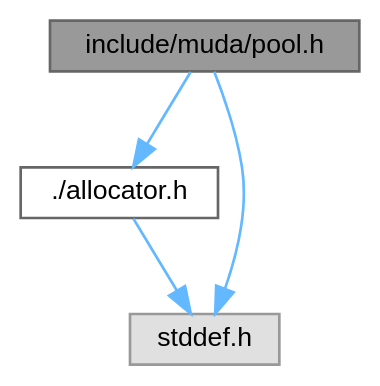
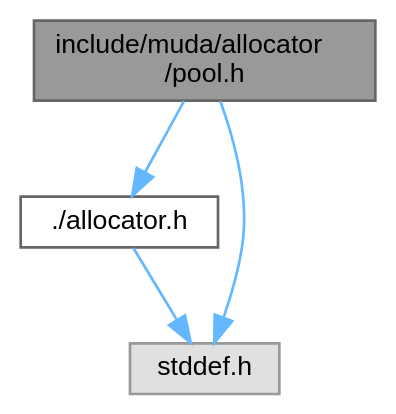
Before and after one commit to segfreak/muda: the diagram in docs/d1/dfd/pool_8h__incl.dot, drawn with Graphviz. The commit also changed 122 other files, not shown here.

```diff
--- a/docs/d1/dfd/pool_8h__incl.dot
+++ b/docs/d1/dfd/pool_8h__incl.dot
@@ -1,13 +1,13 @@
-digraph "include/muda/pool.h"
+digraph "include/muda/allocator/pool.h"
 {
  // LATEX_PDF_SIZE
   bgcolor="transparent";
   edge [fontname=Helvetica,fontsize=10,labelfontname=Helvetica,labelfontsize=10];
   node [fontname=Helvetica,fontsize=10,shape=box,height=0.2,width=0.4];
-  Node1 [id="Node000001",label="include/muda/pool.h",height=0.2,width=0.4,color="gray40", fillcolor="grey60", style="filled", fontcolor="black",tooltip="Fixed-size block memory pool allocator."];
+  Node1 [id="Node000001",label="include/muda/allocator\l/pool.h",height=0.2,width=0.4,color="gray40", fillcolor="grey60", style="filled", fontcolor="black",tooltip="Fixed-size block memory pool allocator."];
   Node1 -> Node2 [id="edge1_Node000001_Node000002",color="steelblue1",style="solid",tooltip=" "];
   Node2 [id="Node000002",label="./allocator.h",height=0.2,width=0.4,color="grey40", fillcolor="white", style="filled",URL="$da/da9/allocator_8h.html",tooltip="Custom allocator function type definitions for MUDA."];
   Node2 -> Node3 [id="edge2_Node000002_Node000003",color="steelblue1",style="solid",tooltip=" "];
   Node3 [id="Node000003",label="stddef.h",height=0.2,width=0.4,color="grey60", fillcolor="#E0E0E0", style="filled",tooltip=" "];
   Node1 -> Node3 [id="edge3_Node000001_Node000003",color="steelblue1",style="solid",tooltip=" "];
 }
```
